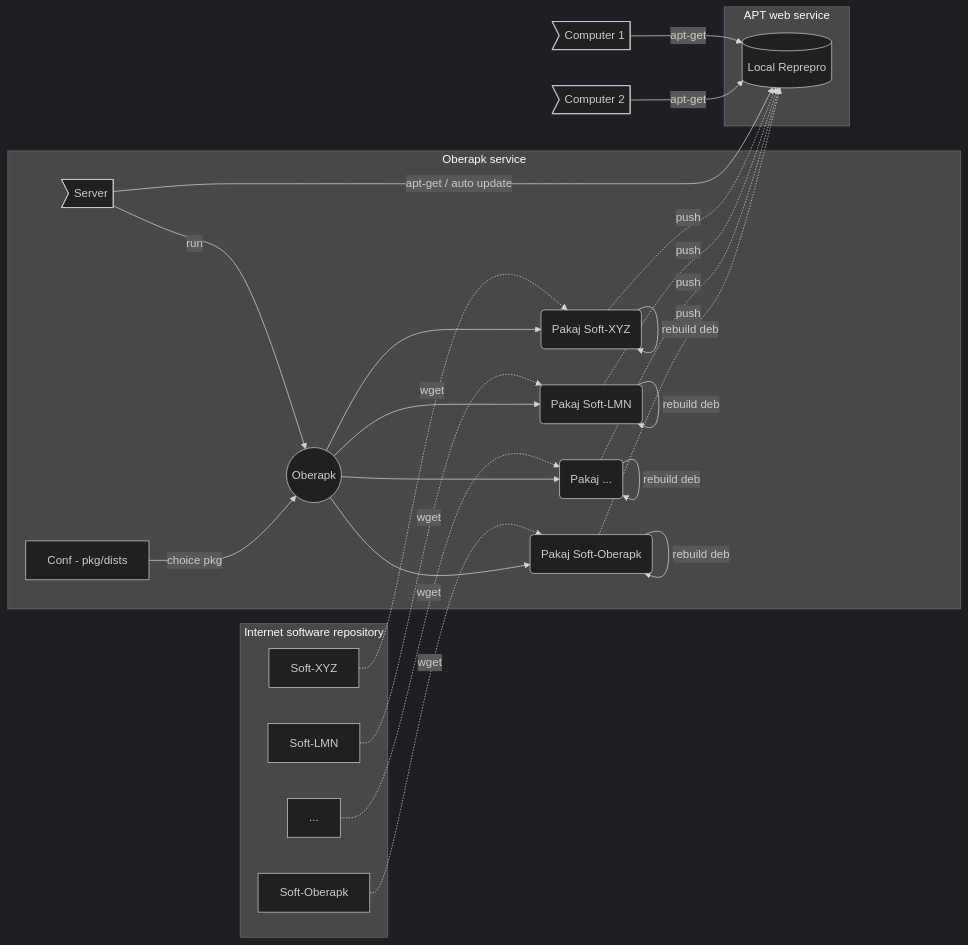
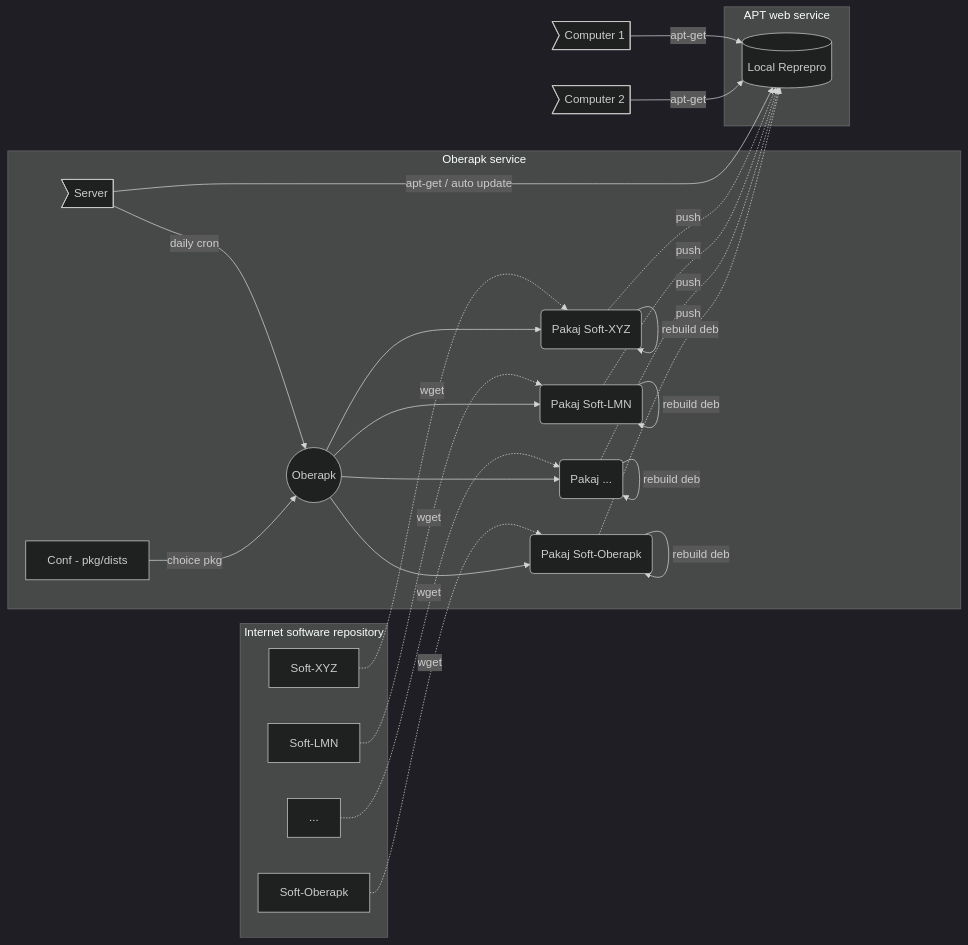
Before and after one commit to GabrielMoreau/oberapk: the diagram in README.md, drawn with Mermaid (dark theme).

````diff
--- a/README.md
+++ b/README.md
@@ -33,56 +33,56 @@
 ```mermaid
 graph LR;
   subgraph Internet software repository
     idsx[Soft-XYZ]
     idsl[Soft-LMN]
     idsi[...]
     idso[Soft-Oberapk]
   end
 
   subgraph Oberapk service
     ids>Server]
     idc[Conf - pkg/dists]
 
     ido((Oberapk))
     
     idmx(Pakaj Soft-XYZ)
     idml(Pakaj Soft-LMN)
     idmi(Pakaj ...)
     idmo(Pakaj Soft-Oberapk)
   end
 
   subgraph APT web service
     idr[(Local Reprepro)]
   end
 
   idclient1>Computer 1]
   idclient2>Computer 2]
 
   idsx -. wget .-> idmx
   idsl -. wget .-> idml
   idsi -. wget .-> idmi
   idso -. wget .-> idmo
 
-  ids -- run --> ido
+  ids -- daily cron --> ido
   ids -- apt-get / auto update --> idr
 
   idc -- choice pkg --> ido
 
   ido --> idmx
   ido --> idml
   ido --> idmi
   ido --> idmo
 
   idmx -- rebuild deb --> idmx
   idml -- rebuild deb --> idml
   idmi -- rebuild deb --> idmi
   idmo -- rebuild deb --> idmo
 
   idmx -. push .-> idr
   idml -. push .-> idr
   idmi -. push .-> idr
   idmo -. push .-> idr
 
   idclient1 -- apt-get --> idr
   idclient2 -- apt-get --> idr
 ```
````
